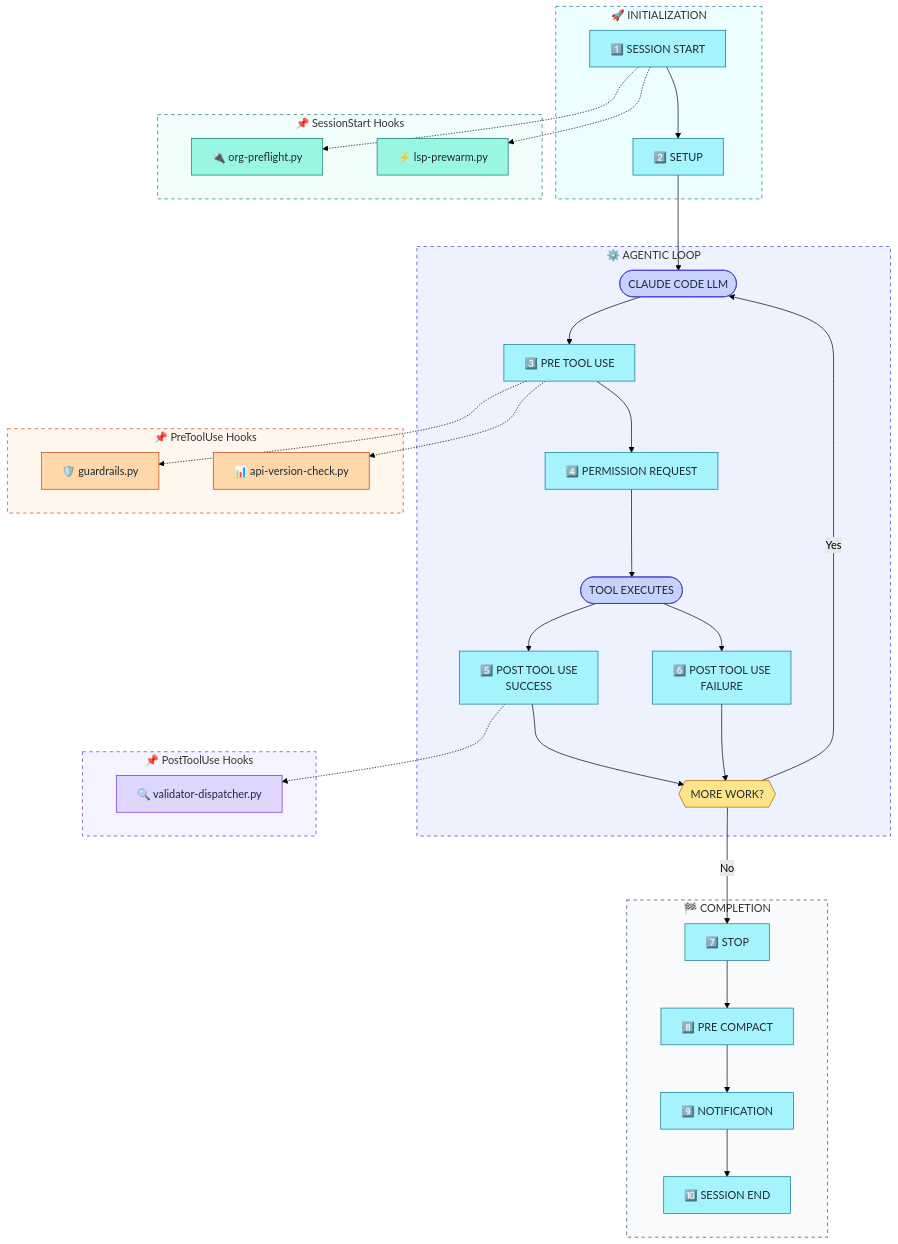
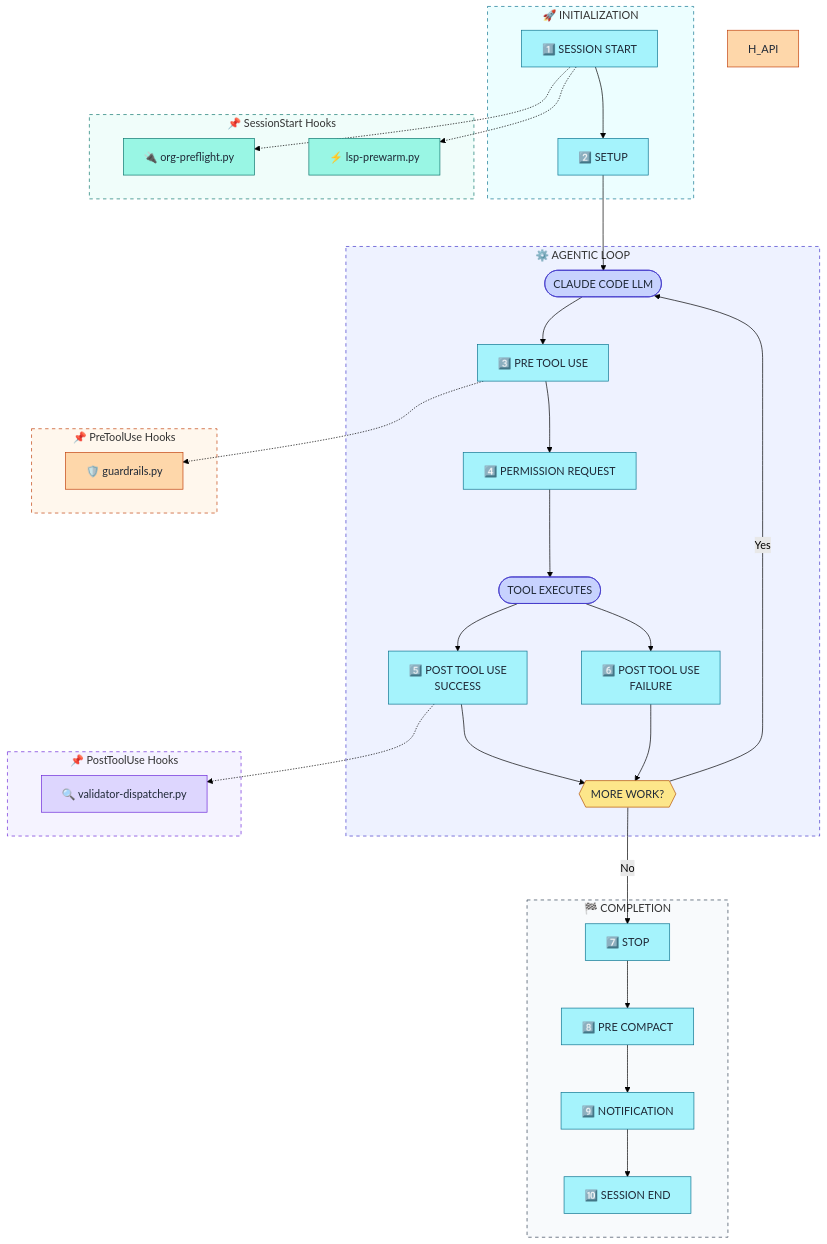
Before and after one commit to DevZonayed/nexalance-skill-jaganpro-sf-skills: the diagram in shared/hooks/docs/hook-lifecycle-diagram.md, drawn with Mermaid (forest theme). The commit also changed other lines of this file and 4 other files, not shown here.

First line of the commit message:
chore: remove api-version-check.py PreToolUse hook

```diff
--- a/shared/hooks/docs/hook-lifecycle-diagram.md
+++ b/shared/hooks/docs/hook-lifecycle-diagram.md
@@ -31,7 +31,6 @@
 
     subgraph hooks_pre["📌 PreToolUse Hooks"]
         H_GUARD["🛡️ guardrails.py"]
-        H_API["📊 api-version-check.py"]
     end
 
     subgraph hooks_post["📌 PostToolUse Hooks"]
@@ -59,7 +58,6 @@
 
     %% PreToolUse hooks
     S3 -.-> H_GUARD
-    S3 -.-> H_API
 
     %% PostToolUse hooks
     S5 -.-> H_VALID
```
